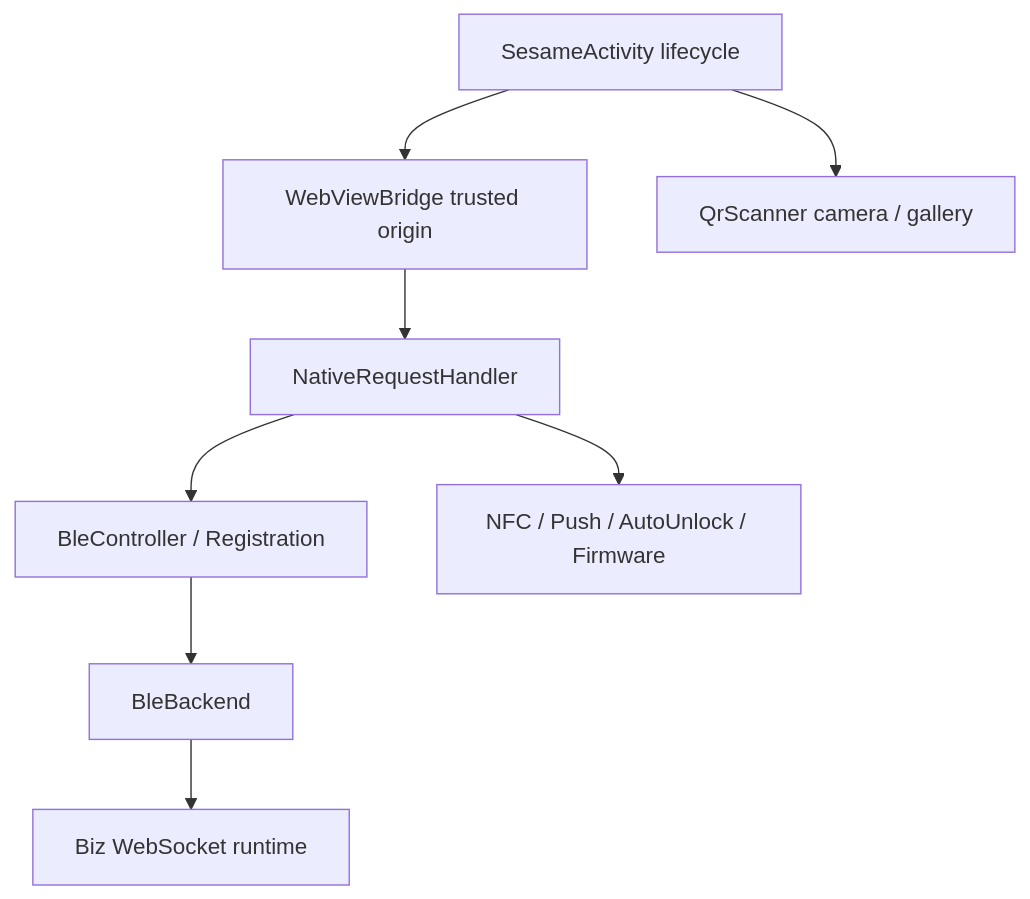
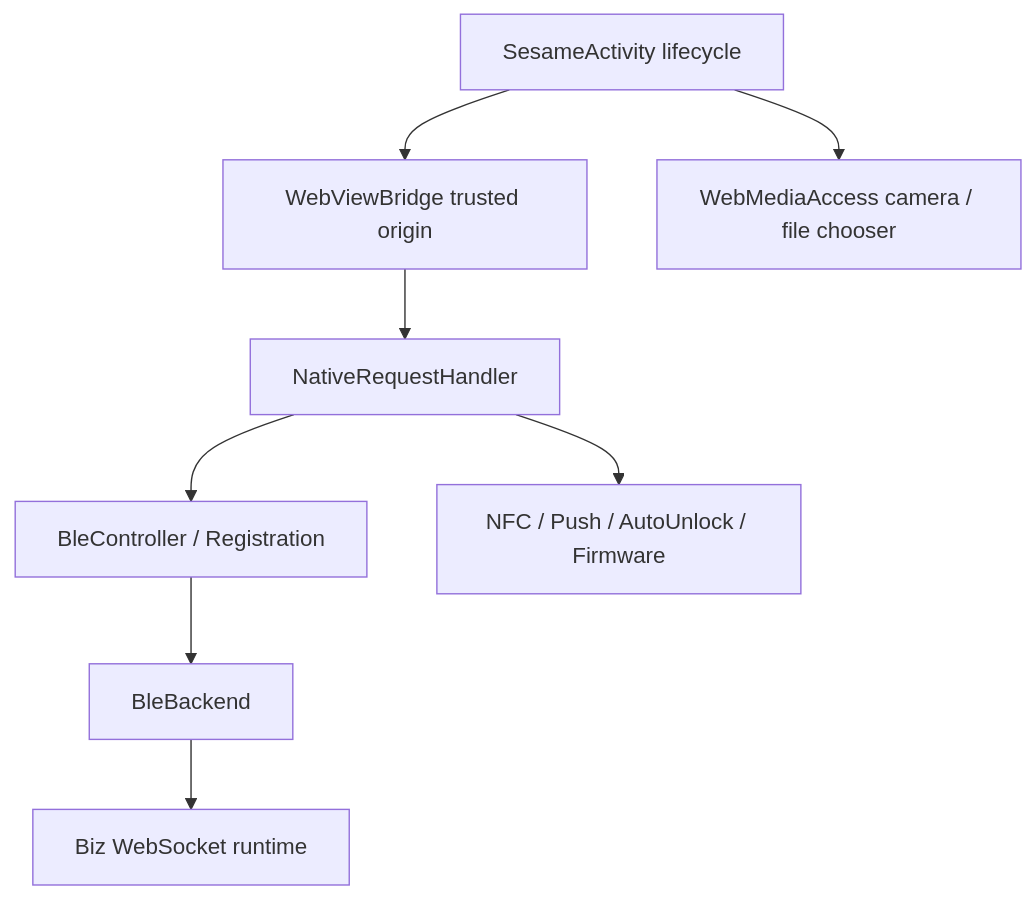
One commit to CANDY-HOUSE/SesameSDK_Android_with_DemoApp changed the third of 4 diagrams in README.md. Above: the diagram before and after it, drawn with Mermaid. The commit also changed other lines of this file and 51 other files, not shown here.

````diff
--- a/README.md
+++ b/README.md
@@ -223,10 +223,10 @@
 ```mermaid
 flowchart TB
   Activity[SesameActivity lifecycle] --> Bridge[WebViewBridge trusted origin]
-  Activity --> QR[QrScanner camera / gallery]
+  Activity --> Media[WebMediaAccess camera / file chooser]
   Bridge --> Handler[NativeRequestHandler]
   Handler --> BLE[BleController / Registration]
   Handler --> Platform[NFC / Push / AutoUnlock / Firmware]
   BLE --> Backend[BleBackend]
   Backend --> Biz[Biz WebSocket runtime]
 ```
````
